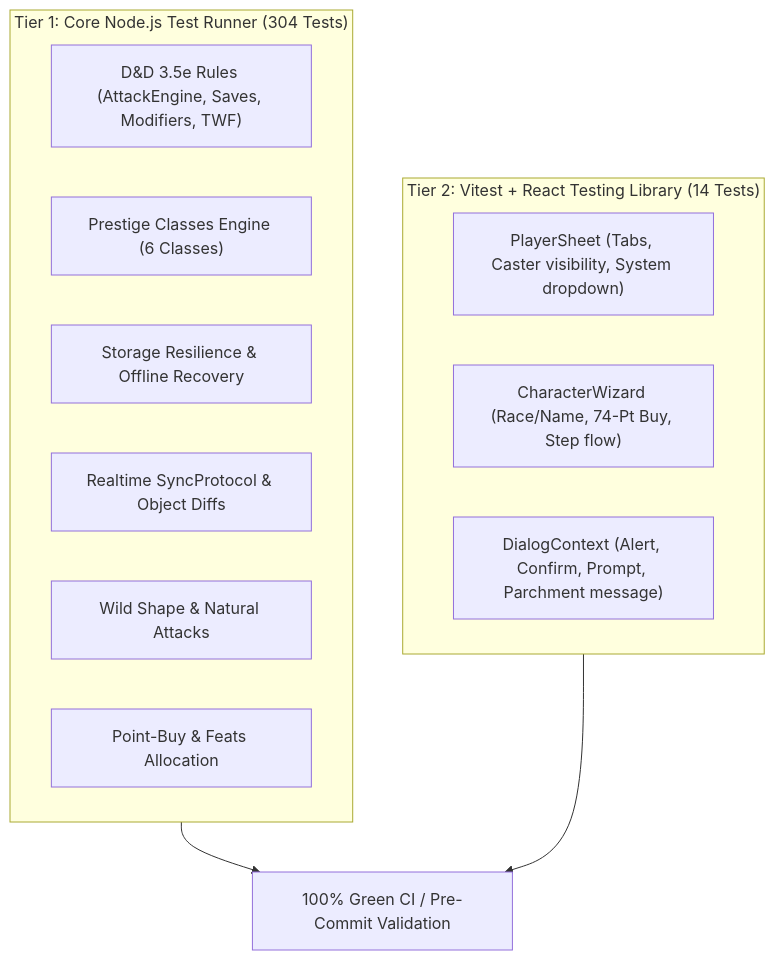
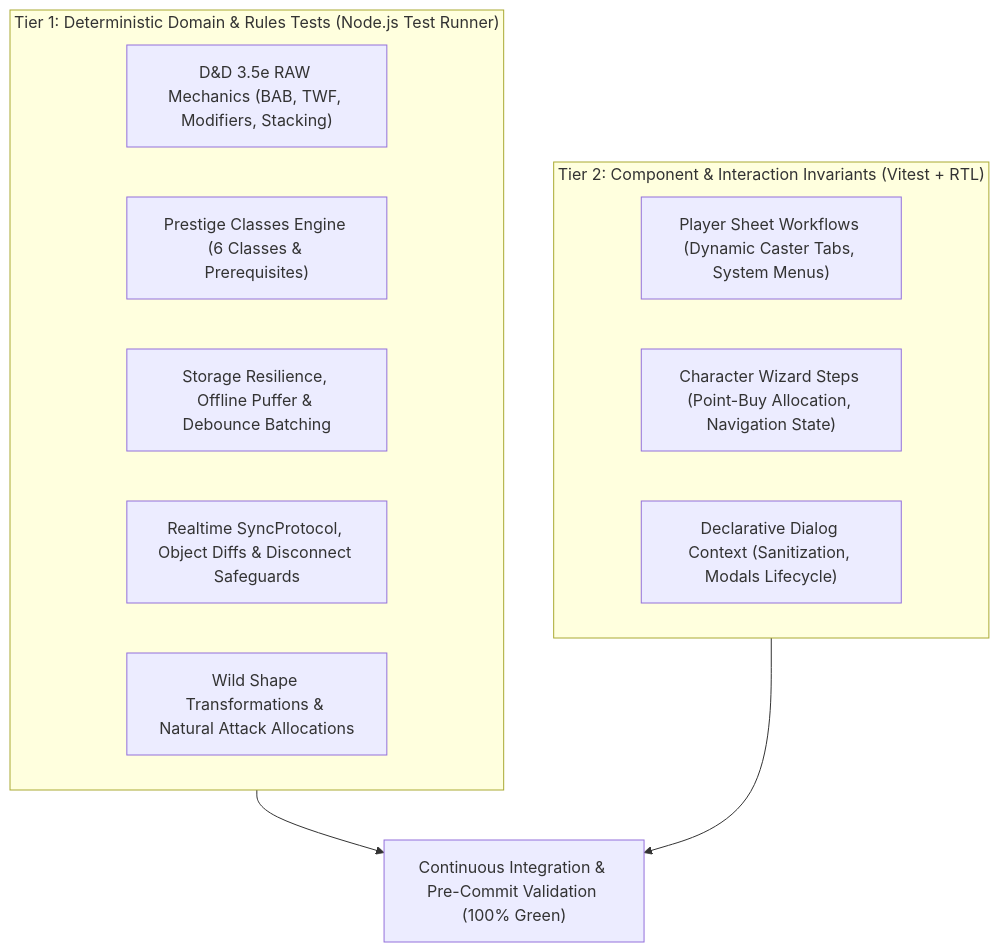
One commit to SplattedRabbit/TheCombatant changed the diagram in docs/TESTING.md. Above: the diagram before and after it, drawn with Mermaid. The commit also changed other lines of this file, not shown here.

Commit message:
docs: rewrite TESTING.md to focus on abstract testing philosophy, domain coverage and invariants

````diff
--- a/docs/TESTING.md
+++ b/docs/TESTING.md
@@ -12,20 +12,19 @@
 ```mermaid
 graph TD
-    subgraph CoreTests ["Tier 1: Core Node.js Test Runner (304 Tests)"]
-        Rules["D&D 3.5e Rules (AttackEngine, Saves, Modifiers, TWF)"]
-        Prestige["Prestige Classes Engine (6 Classes)"]
-        Storage["Storage Resilience & Offline Recovery"]
-        Sync["Realtime SyncProtocol & Object Diffs"]
-        WildShape["Wild Shape & Natural Attacks"]
-        WizardRules["Point-Buy & Feats Allocation"]
+    subgraph Tier1 ["Tier 1: Deterministic Domain & Rules Tests (Node.js Test Runner)"]
+        DndRules["D&D 3.5e RAW Mechanics (BAB, TWF, Modifiers, Stacking)"]
+        Prestige["Prestige Classes Engine (6 Classes & Prerequisites)"]
+        Resilience["Storage Resilience, Offline Puffer & Debounce Batching"]
+        SyncProtocol["Realtime SyncProtocol, Object Diffs & Disconnect Safeguards"]
+        WildShape["Wild Shape Transformations & Natural Attack Allocations"]
     end
 
-    subgraph UITests ["Tier 2: Vitest + React Testing Library (14 Tests)"]
-        PlayerSheetUI["PlayerSheet (Tabs, Caster visibility, System dropdown)"]
-        WizardUI["CharacterWizard (Race/Name, 74-Pt Buy, Step flow)"]
-        ModalsUI["DialogContext (Alert, Confirm, Prompt, Parchment message)"]
+    subgraph Tier2 ["Tier 2: Component & Interaction Invariants (Vitest + RTL)"]
+        SheetUI["Player Sheet Workflows (Dynamic Caster Tabs, System Menus)"]
+        WizardUI["Character Wizard Steps (Point-Buy Allocation, Navigation State)"]
+        ModalsUI["Declarative Dialog Context (Sanitization, Modals Lifecycle)"]
     end
 
-    CoreTests --> Result["100% Green CI / Pre-Commit Validation"]
-    UITests --> Result
+    Tier1 --> QualityGate["Continuous Integration & Pre-Commit Validation (100% Green)"]
+    Tier2 --> QualityGate
 ```
````
